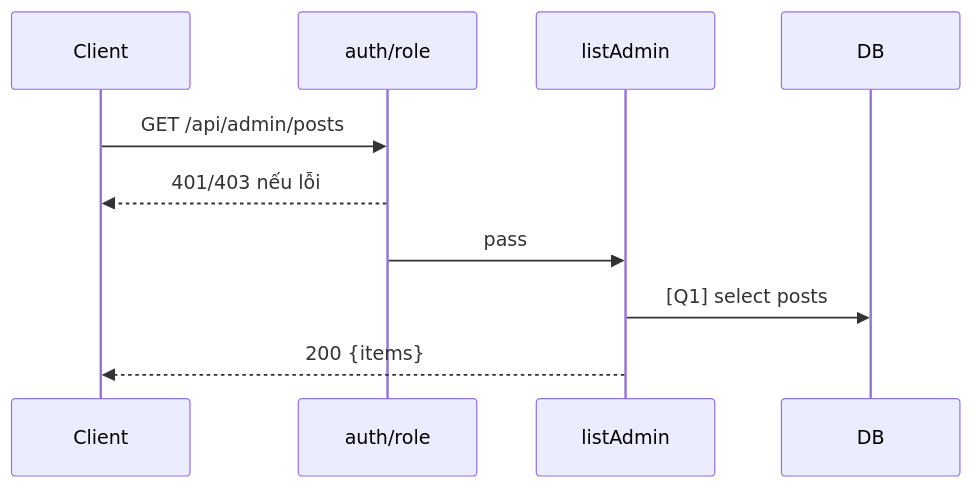
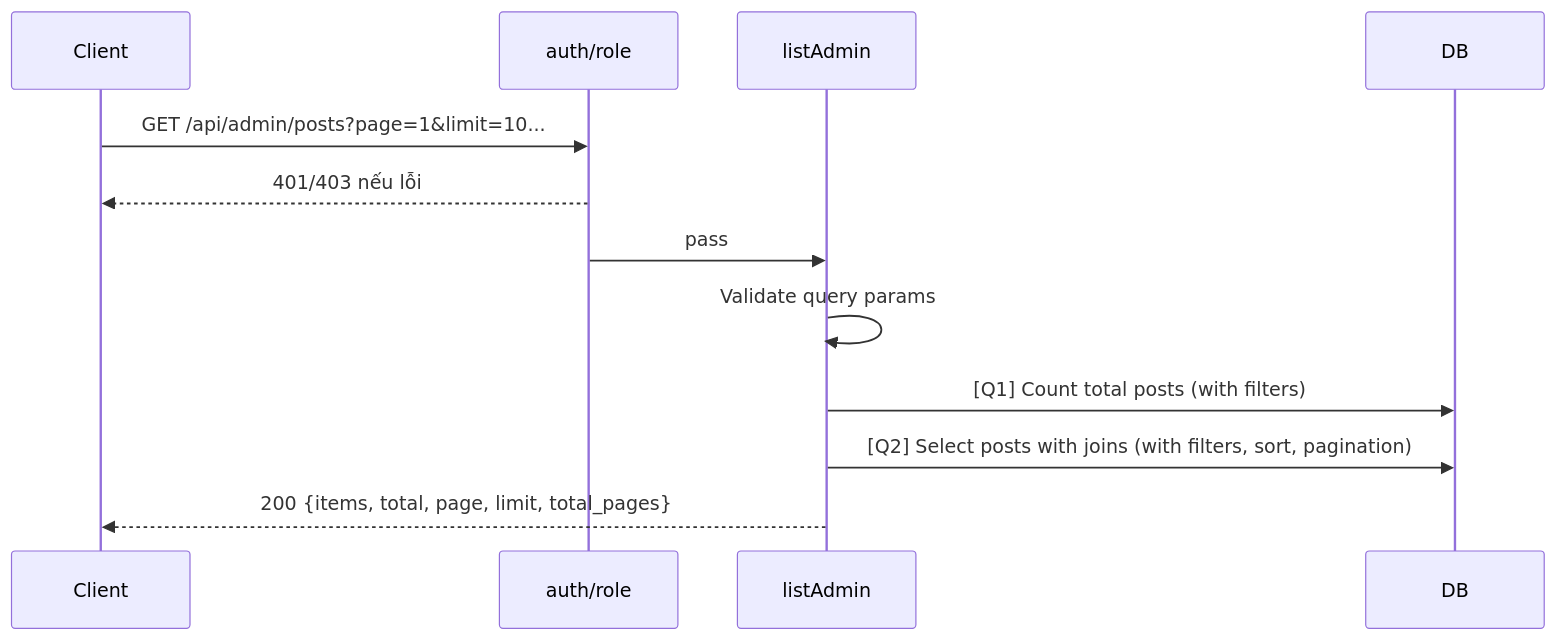
One commit to pmduc97/demo_ai_workspace changed the diagram in demo_docs/api/[Design][API] API10_AdminPosts_DanhSach.md. Above: the diagram before and after it, drawn with Mermaid. The commit also changed other lines of this file and 52 other files, not shown here.

````diff
--- a/demo_docs/api/[Design][API] API10_AdminPosts_DanhSach.md
+++ b/demo_docs/api/[Design][API] API10_AdminPosts_DanhSach.md
@@ -61,12 +105,14 @@
 ```mermaid
 sequenceDiagram
   participant C as Client
   participant A as auth/role
   participant P as listAdmin
   participant DB as DB
-  C->>A: GET /api/admin/posts
+  C->>A: GET /api/admin/posts?page=1&limit=10...
   A-->>C: 401/403 nếu lỗi
   A->>P: pass
-  P->>DB: [Q1] select posts
-  P-->>C: 200 {items}
+  P->>P: Validate query params
+  P->>DB: [Q1] Count total posts (with filters)
+  P->>DB: [Q2] Select posts with joins (with filters, sort, pagination)
+  P-->>C: 200 {items, total, page, limit, total_pages}
 ```
````
